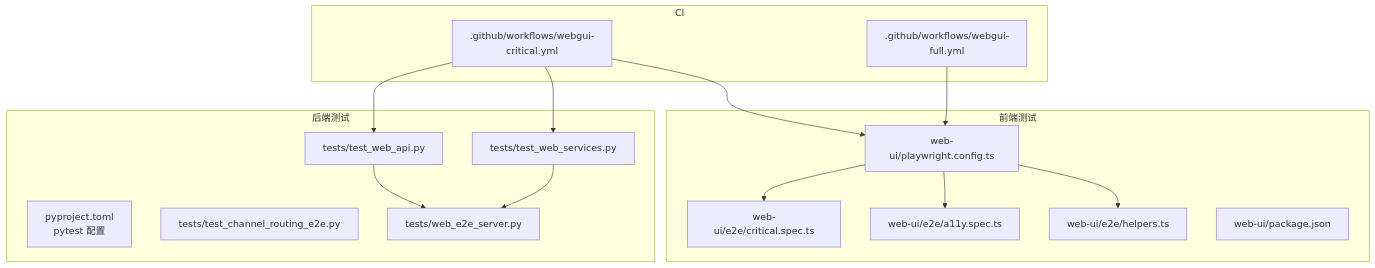
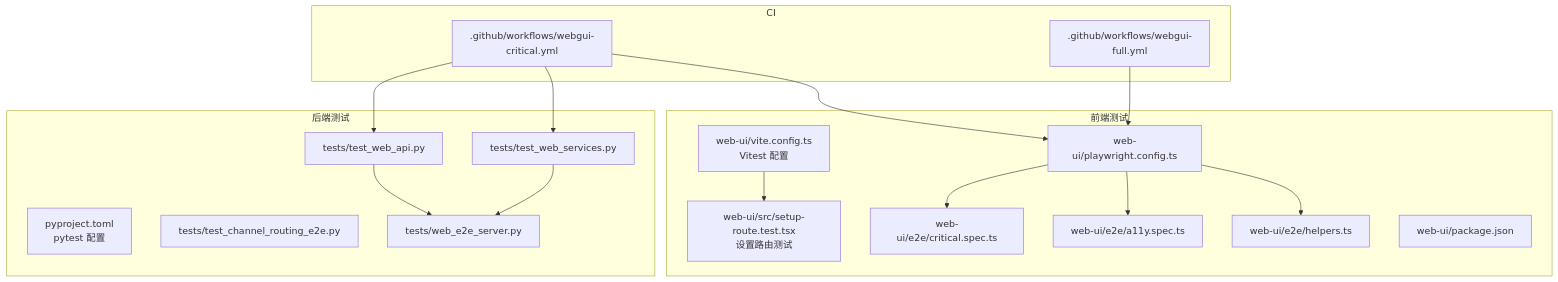
One commit to 757607106/nanobot changed the first of 7 diagrams in .qoder/repowiki/zh/content/开发指南/测试策略.md. Above: the diagram before and after it, drawn with Mermaid. The commit also changed other lines of this file and 60 other files, not shown here.

````diff
--- a/.qoder/repowiki/zh/content/开发指南/测试策略.md
+++ b/.qoder/repowiki/zh/content/开发指南/测试策略.md
@@ -40,30 +49,33 @@
 ```mermaid
 graph TB
 subgraph "CI"
 W1[".github/workflows/webgui-critical.yml"]
 W2[".github/workflows/webgui-full.yml"]
 end
 subgraph "后端测试"
 P1["pyproject.toml<br/>pytest 配置"]
 T1["tests/test_web_api.py"]
 T2["tests/test_web_services.py"]
 T3["tests/test_channel_routing_e2e.py"]
 E2E_S["tests/web_e2e_server.py"]
 end
 subgraph "前端测试"
+V1["web-ui/vite.config.ts<br/>Vitest 配置"]
+VT["web-ui/src/setup-route.test.tsx<br/>设置路由测试"]
 PW["web-ui/playwright.config.ts"]
 FE1["web-ui/e2e/critical.spec.ts"]
 FE2["web-ui/e2e/a11y.spec.ts"]
 FE3["web-ui/e2e/helpers.ts"]
 PKG["web-ui/package.json"]
 end
 W1 --> T1
 W1 --> T2
 W1 --> PW
 W2 --> PW
 PW --> FE1
 PW --> FE2
 PW --> FE3
 T1 --> E2E_S
 T2 --> E2E_S
+V1 --> VT
 ```
````
